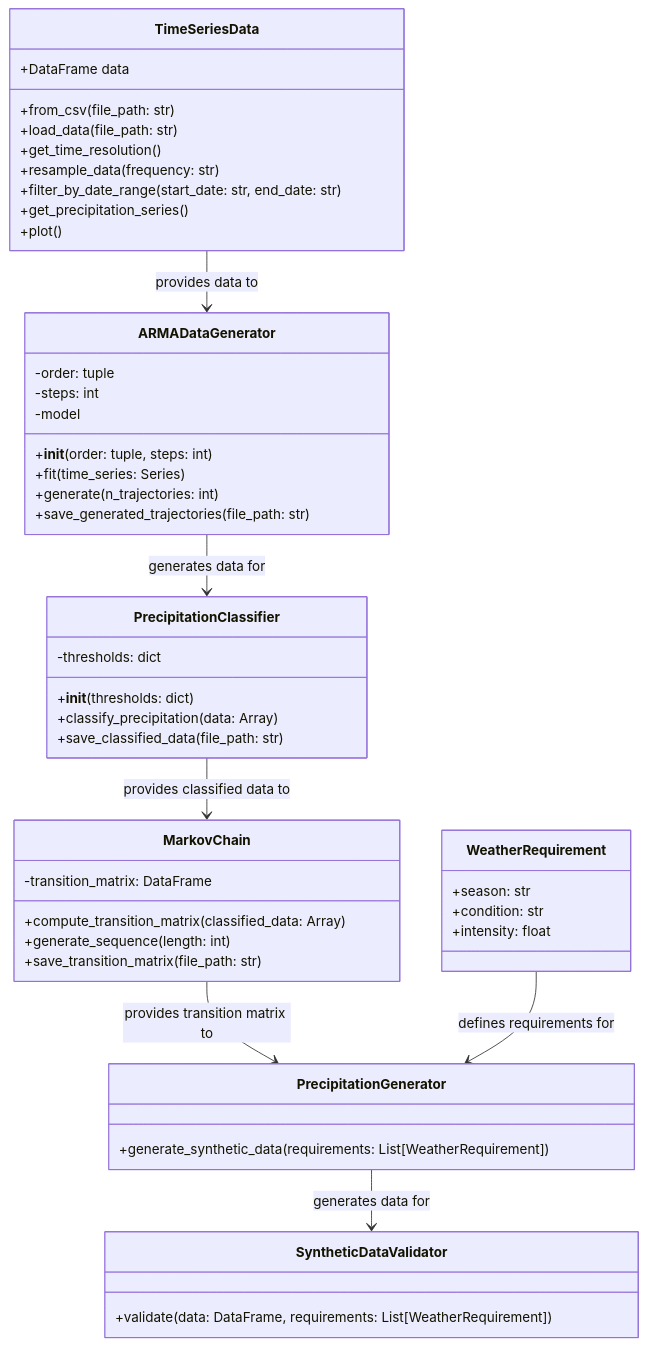
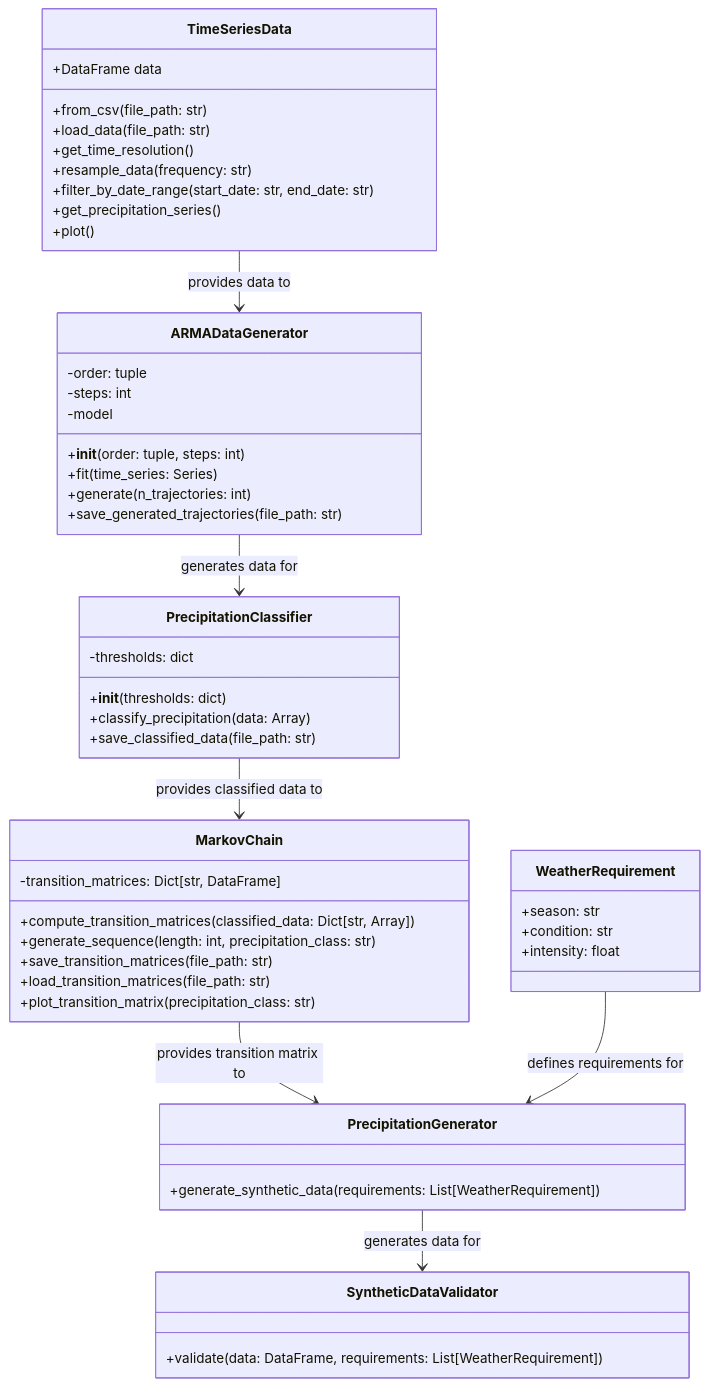
The diagram in diagram.md (CooperBigFoot/precipitation-generator), drawn with Mermaid before and after one commit.

Commit message:
Update MarkovChain class

````diff
--- a/diagram.md
+++ b/diagram.md
@@ -2,58 +2,60 @@
 ```mermaid
 classDiagram
     class TimeSeriesData {
         +DataFrame data
         +from_csv(file_path: str)
         +load_data(file_path: str)
         +get_time_resolution()
         +resample_data(frequency: str)
         +filter_by_date_range(start_date: str, end_date: str)
         +get_precipitation_series()
         +plot()
     }
 
     class ARMADataGenerator {
         -order: tuple
         -steps: int
         -model
         +__init__(order: tuple, steps: int)
         +fit(time_series: Series)
         +generate(n_trajectories: int)
         +save_generated_trajectories(file_path: str)
     }
 
     class PrecipitationClassifier {
         -thresholds: dict
         +__init__(thresholds: dict)
         +classify_precipitation(data: Array)
         +save_classified_data(file_path: str)
     }
 
     class MarkovChain {
-        -transition_matrix: DataFrame
-        +compute_transition_matrix(classified_data: Array)
-        +generate_sequence(length: int)
-        +save_transition_matrix(file_path: str)
+        -transition_matrices: Dict[str, DataFrame]
+        +compute_transition_matrices(classified_data: Dict[str, Array])
+        +generate_sequence(length: int, precipitation_class: str)
+        +save_transition_matrices(file_path: str)
+        +load_transition_matrices(file_path: str)
+        +plot_transition_matrix(precipitation_class: str)
     }
 
     class WeatherRequirement {
         +season: str
         +condition: str
         +intensity: float
     }
 
     class SyntheticDataValidator {
         +validate(data: DataFrame, requirements: List[WeatherRequirement])
     }
 
     class PrecipitationGenerator {
         +generate_synthetic_data(requirements: List[WeatherRequirement])
     }
 
     TimeSeriesData --> ARMADataGenerator: provides data to
     ARMADataGenerator --> PrecipitationClassifier: generates data for
     PrecipitationClassifier --> MarkovChain: provides classified data to
     MarkovChain --> PrecipitationGenerator: provides transition matrix to
     WeatherRequirement --> PrecipitationGenerator: defines requirements for
     PrecipitationGenerator --> SyntheticDataValidator: generates data for
 ```
````
